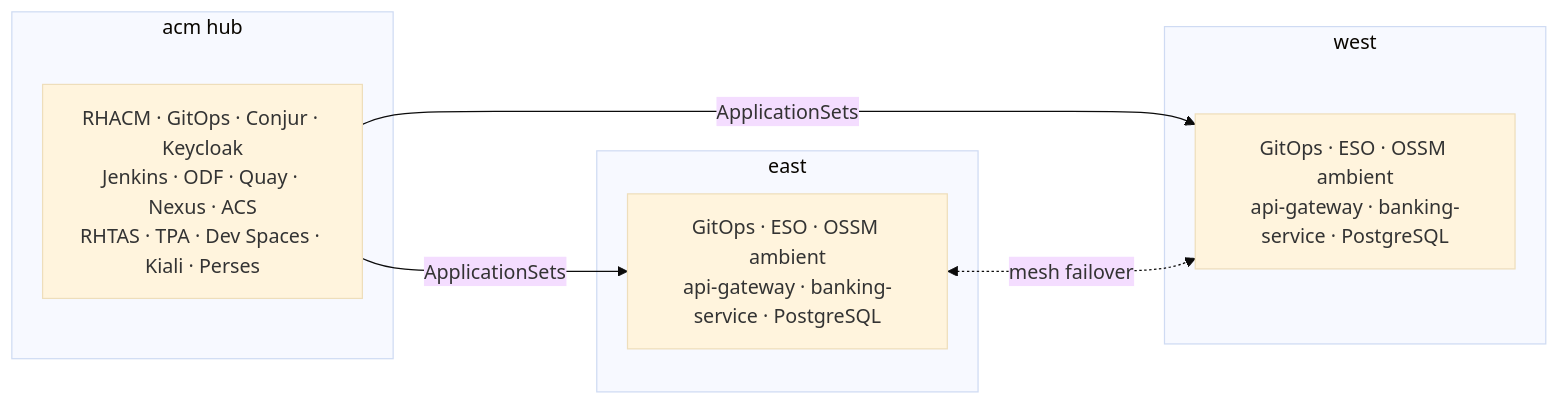
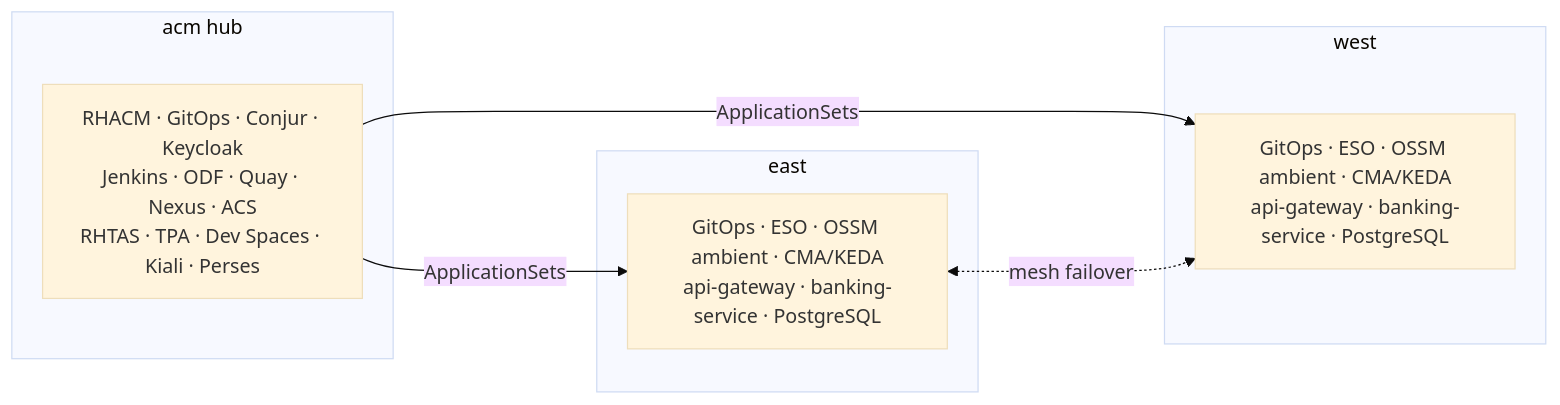
One commit to panchoraposo/demo-spring changed the first of 6 diagrams in docs/architecture.md. Above: the diagram before and after it, drawn with Mermaid (base theme). The commit also changed other lines of this file and 11 other files, not shown here.

````diff
--- a/docs/architecture.md
+++ b/docs/architecture.md
@@ -25,15 +27,15 @@
 ```mermaid
 flowchart LR
   subgraph acm ["acm hub"]
     HubSvc["RHACM · GitOps · Conjur · Keycloak<br/>Jenkins · ODF · Quay · Nexus · ACS<br/>RHTAS · TPA · Dev Spaces · Kiali · Perses"]
   end
   subgraph east ["east"]
-    EastSvc["GitOps · ESO · OSSM ambient<br/>api-gateway · banking-service · PostgreSQL"]
+    EastSvc["GitOps · ESO · OSSM ambient · CMA/KEDA<br/>api-gateway · banking-service · PostgreSQL"]
   end
   subgraph west ["west"]
-    WestSvc["GitOps · ESO · OSSM ambient<br/>api-gateway · banking-service · PostgreSQL"]
+    WestSvc["GitOps · ESO · OSSM ambient · CMA/KEDA<br/>api-gateway · banking-service · PostgreSQL"]
   end
   HubSvc -->|ApplicationSets| EastSvc
   HubSvc -->|ApplicationSets| WestSvc
   EastSvc <-.->|mesh failover| WestSvc
 ```
````
